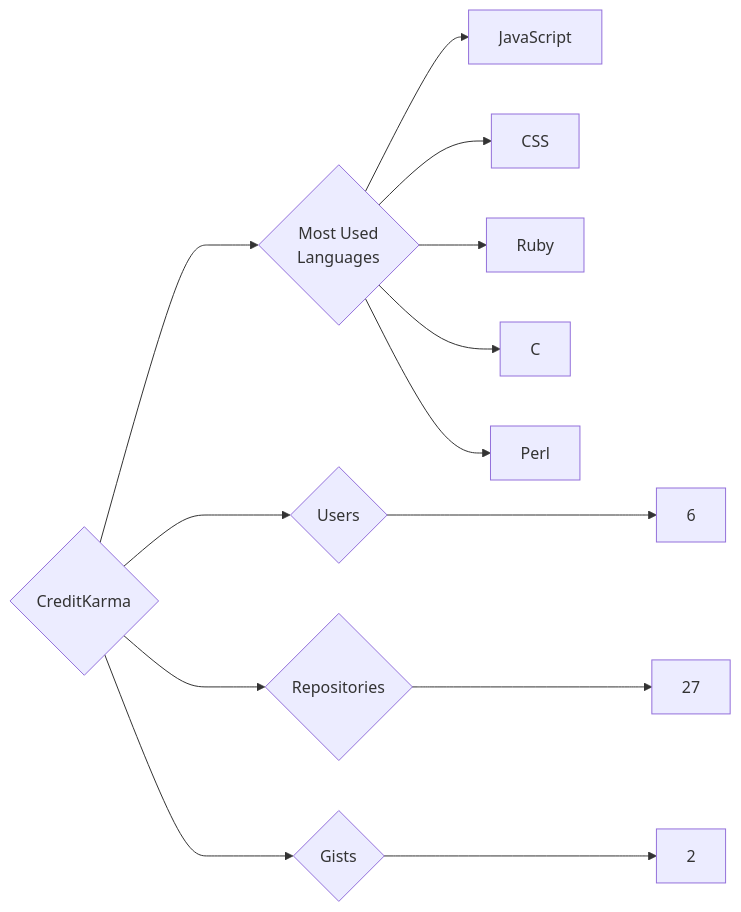
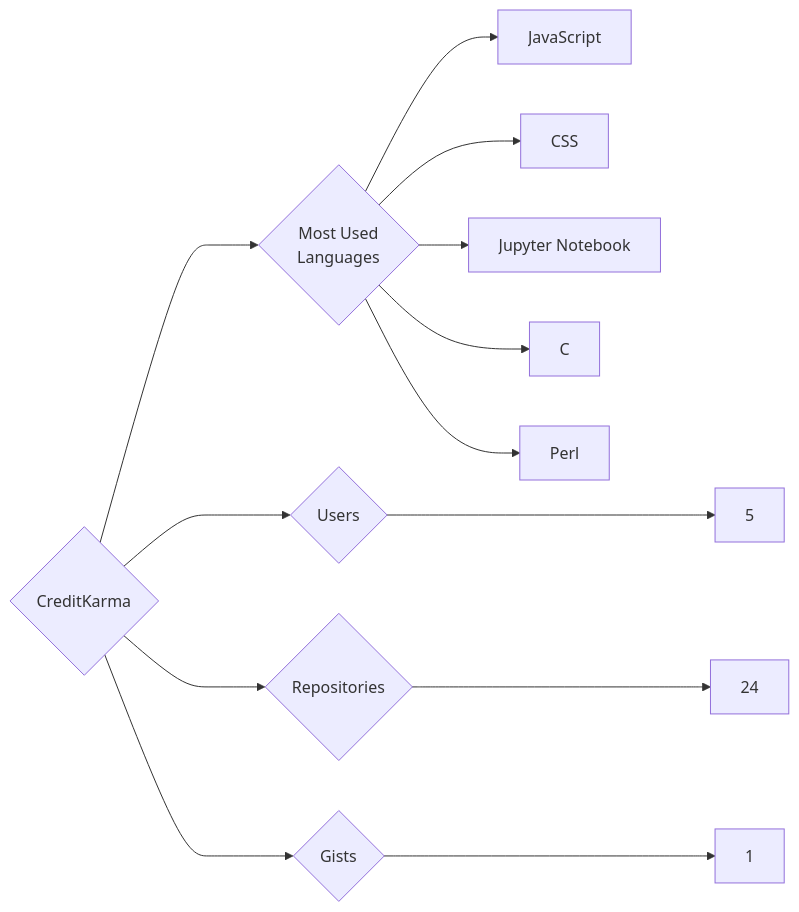
The diagram in targets/CreditKarma/README.md (trickest/insiders), drawn with Mermaid before and after one commit. The commit also changed 1195 other files, not shown here.

````diff
--- a/targets/CreditKarma/README.md
+++ b/targets/CreditKarma/README.md
@@ -3,13 +3,13 @@
 ```mermaid
 graph LR
 COMPANY_NAME{CreditKarma}
-COMPANY_NAME ---> U{Users} ---> UN[6]
-COMPANY_NAME ---> R{Repositories} ---> RN[27]
-COMPANY_NAME ---> G{Gists} ---> GN[2]
+COMPANY_NAME ---> U{Users} ---> UN[5]
+COMPANY_NAME ---> R{Repositories} ---> RN[24]
+COMPANY_NAME ---> G{Gists} ---> GN[1]
 COMPANY_NAME ---> ML{Most Used<br>Languages}
 ML --> JavaScript[JavaScript]
 ML --> CSS[CSS]
-ML --> Ruby[Ruby]
+ML --> Jupyter_Notebook[Jupyter Notebook]
 ML --> C[C]
 ML --> Perl[Perl]
 ```
````
